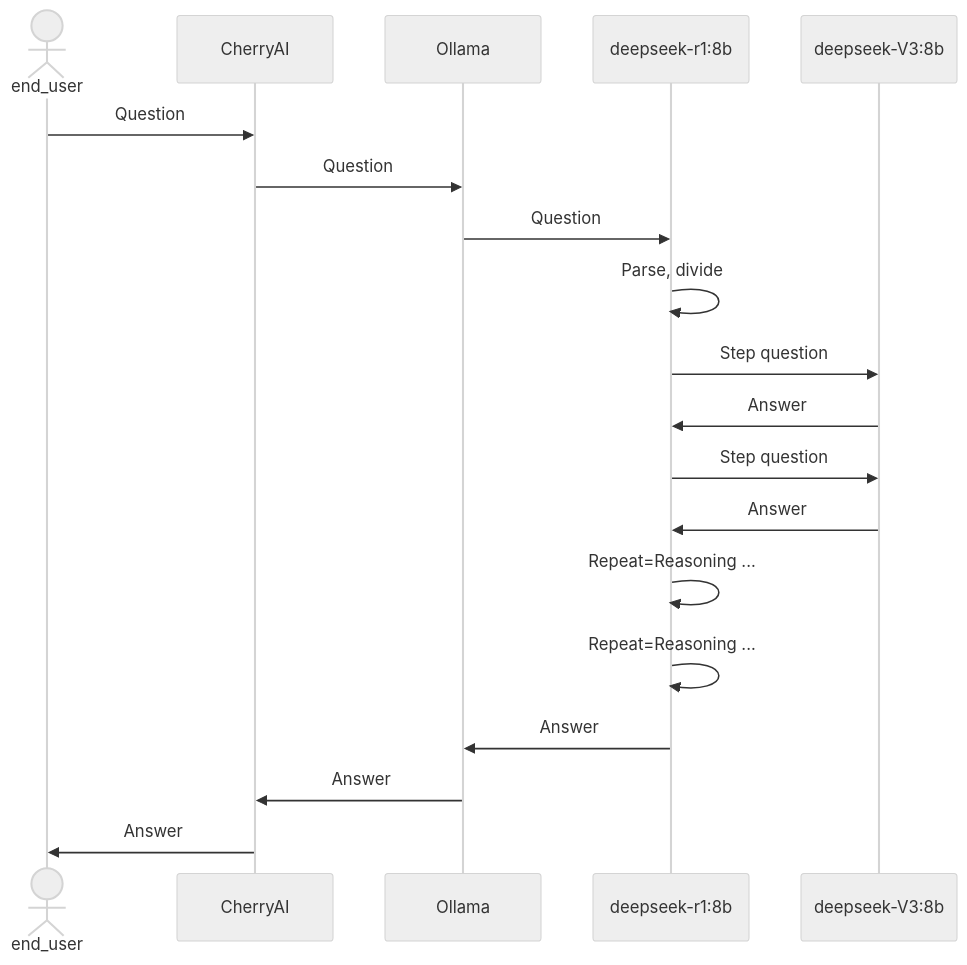
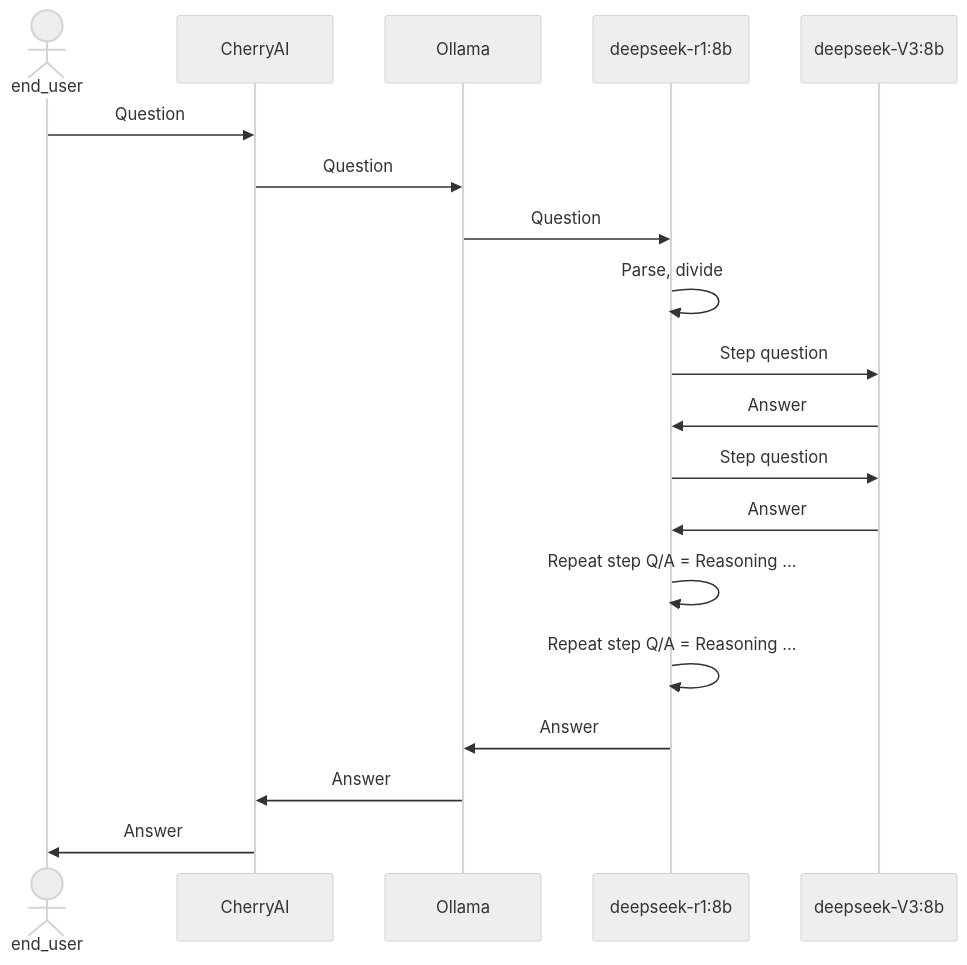
Before and after one commit to dj707chen/ChenNotes: the diagram in Deepseek/runLocally.md, drawn with Mermaid (neutral theme).

````diff
--- a/Deepseek/runLocally.md
+++ b/Deepseek/runLocally.md
@@ -12,22 +12,22 @@
 ```mermaid
 sequenceDiagram
   actor USER as end_user
   participant UI as CherryAI
   participant SERVER as Ollama
   participant R1 as deepseek-r1:8b
   participant LLM as deepseek-V3:8b
 
   USER->>UI: Question
   UI->>SERVER: Question
   SERVER->>R1: Question
   R1->>R1: Parse, divide
   R1->>LLM: Step question
   LLM->>R1: Answer
   R1->>LLM: Step question
   LLM->>R1: Answer
-  R1->>R1: Repeat=Reasoning ...
-  R1->>R1: Repeat=Reasoning ...
+  R1->>R1: Repeat step Q/A = Reasoning ...
+  R1->>R1: Repeat step Q/A = Reasoning ...
   R1->>SERVER: Answer
   SERVER->>UI: Answer
   UI->>USER: Answer
 ```
````
